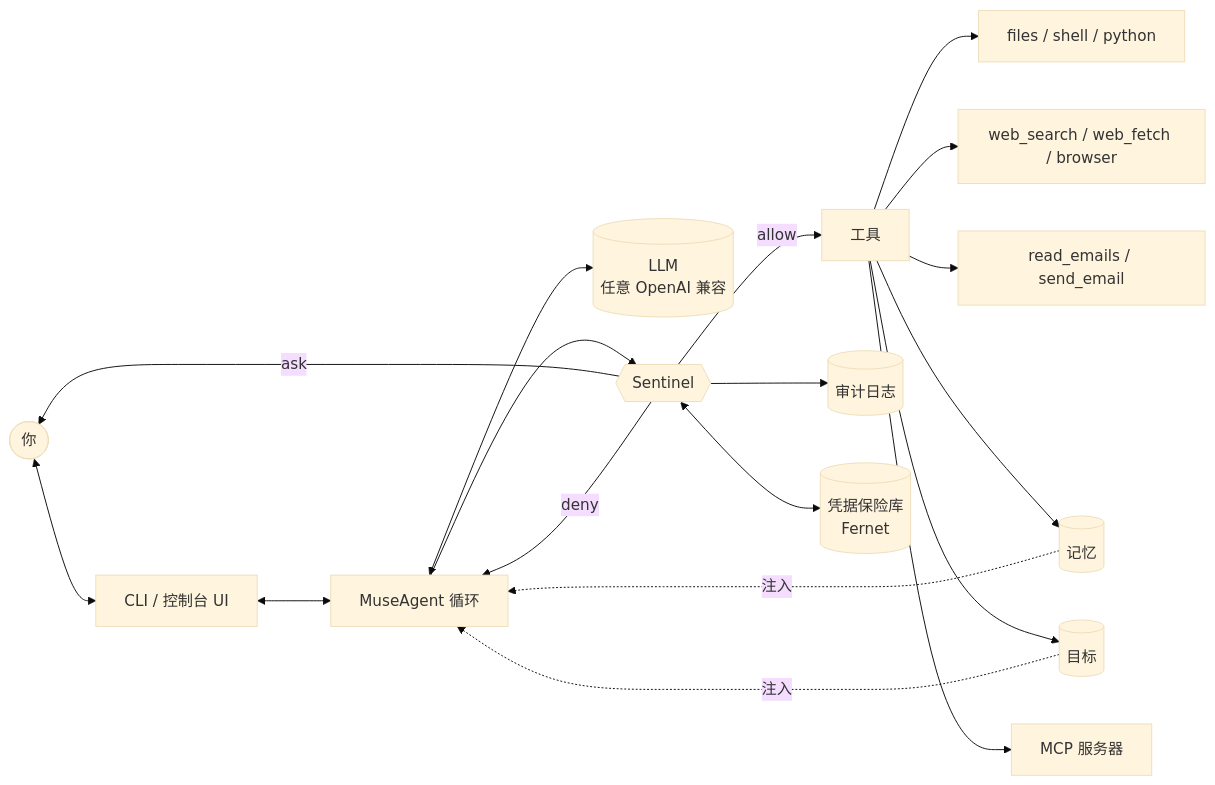
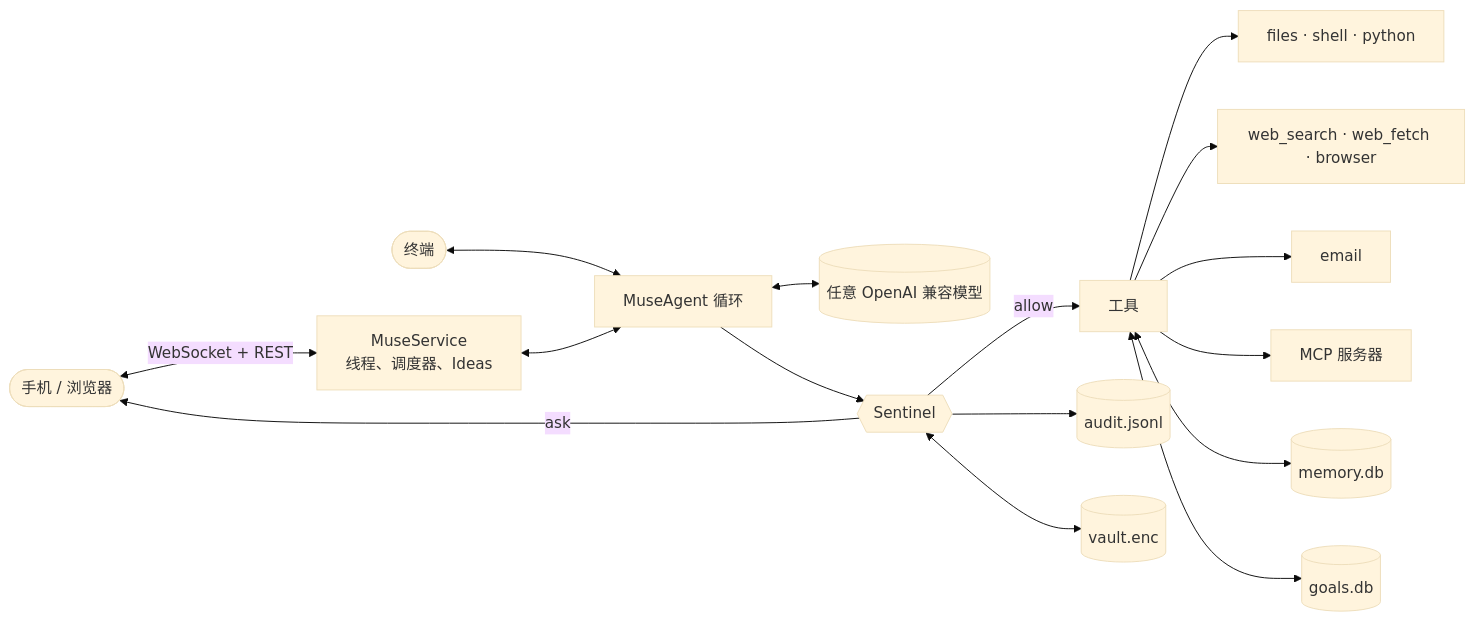
Before and after one commit to ArthurLemaire/CypherOS: the diagram in README_zh.md, drawn with Mermaid (base theme). The commit also changed other lines of this file and 24 other files, not shown here.

First line of the commit message:
docs: rewrite READMEs around the phone app with screenshots; add docs/ (configuration, sentinel, app & API, cli, architecture, deployment, troubleshooting)

````diff
--- a/README_zh.md
+++ b/README_zh.md
@@ -39,20 +161,18 @@
 ```mermaid
 flowchart LR
-    U([你]) <--> CLI[CLI / 控制台 UI]
-    CLI <--> A[MuseAgent 循环]
-    A <--> LLM[(LLM<br/>任意 OpenAI 兼容)]
-    A --> S{{Sentinel}}
-    S -- allow --> T[工具]
-    S -- ask --> U
-    S -- deny --> A
-    S --> AU[(审计日志)]
-    S <--> V[(凭据保险库<br/>Fernet)]
-    T --> F[files / shell / python]
-    T --> W[web_search / web_fetch / browser]
-    T --> E[read_emails / send_email]
-    T --> M[(记忆)]
-    T --> G[(目标)]
+    P([手机 / 浏览器]) <-- WebSocket + REST --> S[MuseService<br/>线程、调度器、Ideas]
+    C([终端]) <--> A
+    S <--> A[MuseAgent 循环]
+    A <--> LLM[(任意 OpenAI 兼容模型)]
+    A --> G{{Sentinel}}
+    G -- allow --> T[工具]
+    G -- ask --> P
+    G --> AU[(audit.jsonl)]
+    G <--> V[(vault.enc)]
+    T --> F[files · shell · python]
+    T --> W[web_search · web_fetch · browser]
+    T --> E[email]
     T --> MCP[MCP 服务器]
-    M -. 注入 .-> A
-    G -. 注入 .-> A
+    T <--> M[(memory.db)]
+    T <--> GO[(goals.db)]
 ```
````
